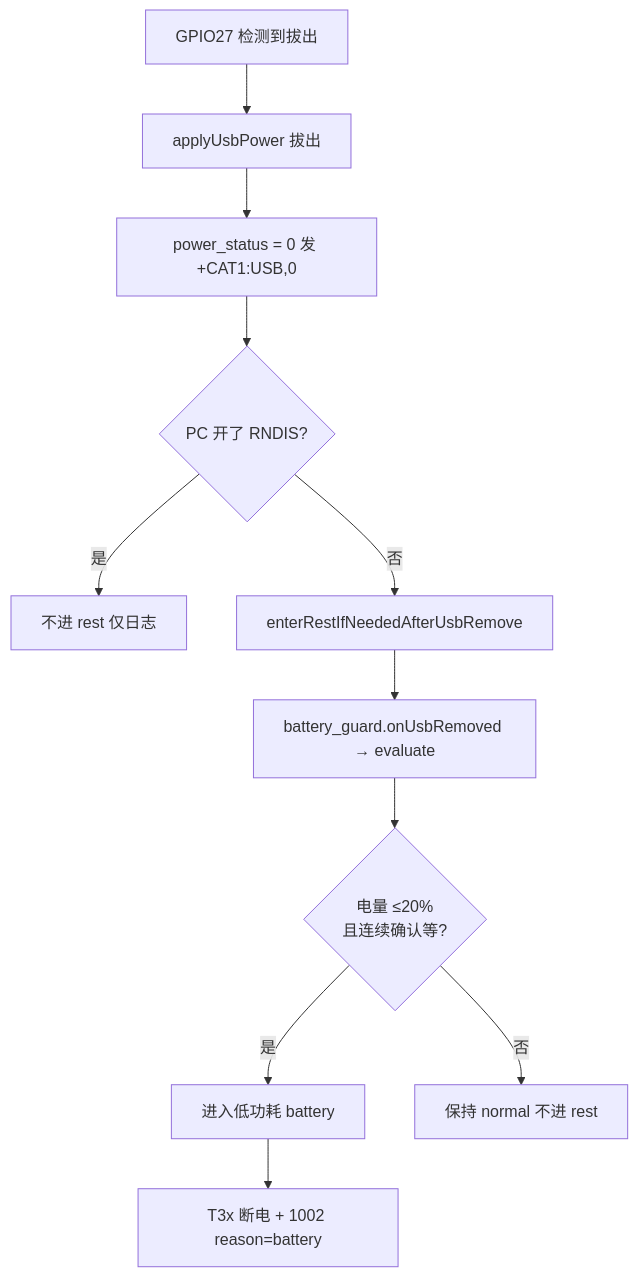
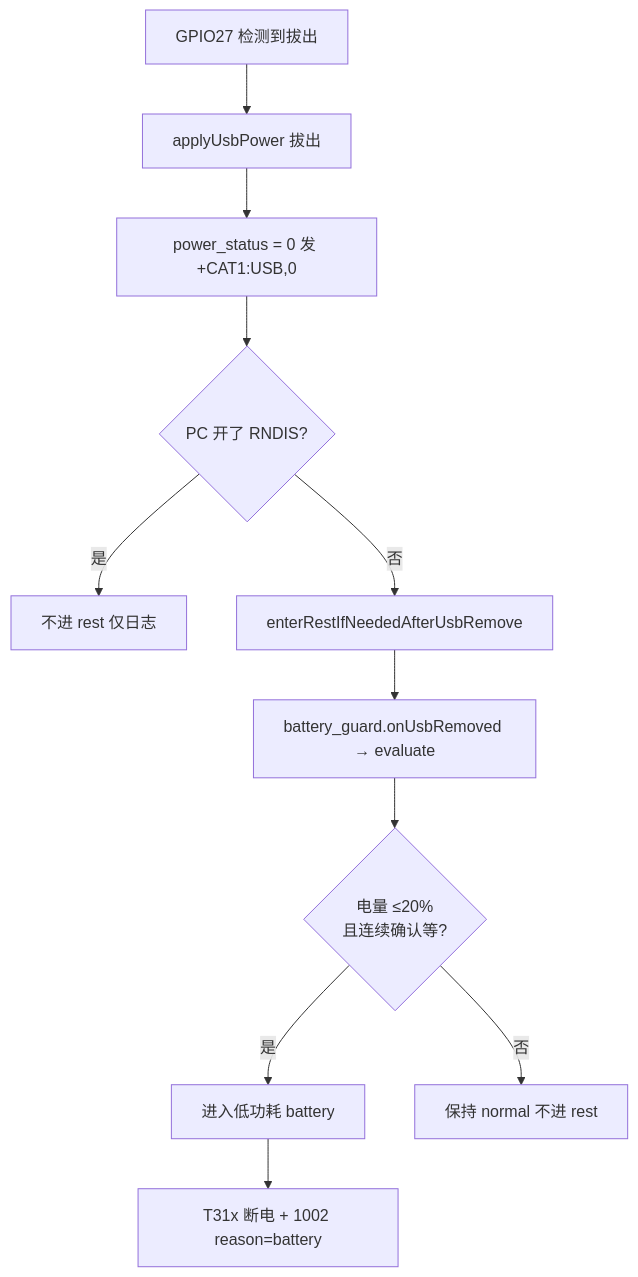
Before and after one commit to dzr1986/AIR780EHM: the third of 5 diagrams in doc/LOW_BATTERY_AND_LOW_POWER.md, drawn with Mermaid. The commit also changed other lines of this file and 402 other files, not shown here.

````diff
--- a/doc/LOW_BATTERY_AND_LOW_POWER.md
+++ b/doc/LOW_BATTERY_AND_LOW_POWER.md
@@ -101,13 +101,13 @@
 ```mermaid
 flowchart TD
     A[GPIO27 检测到拔出] --> B[applyUsbPower 拔出]
     B --> C[power_status = 0 发 +CAT1:USB,0]
     C --> D{PC 开了 RNDIS?}
     D -->|是| E[不进 rest 仅日志]
     D -->|否| F[enterRestIfNeededAfterUsbRemove]
     F --> G[battery_guard.onUsbRemoved → evaluate]
     G --> H{电量 ≤20%\n且连续确认等?}
     H -->|是| I[进入低功耗 battery]
     H -->|否| J[保持 normal 不进 rest]
-    I --> K[T3x 断电 + 1002 reason=battery]
+    I --> K[T31x 断电 + 1002 reason=battery]
 ```
````
